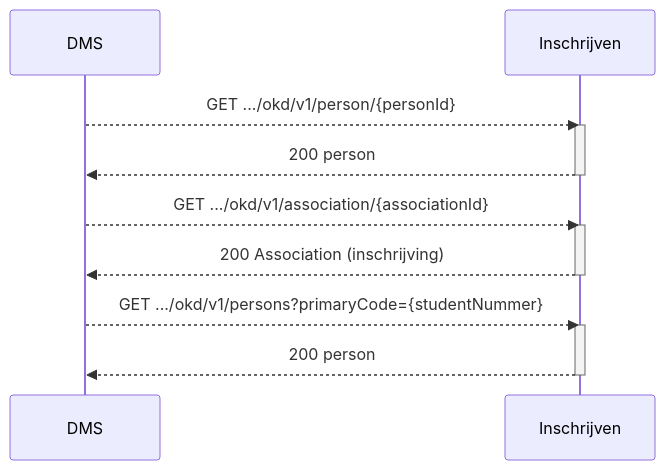
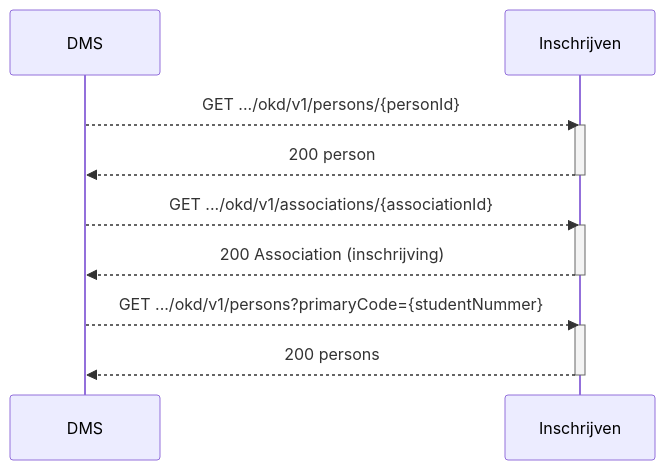
One commit to Onderwijs-Koppelingen-OKx/OKD-Document-Management changed the diagram in doc/flow-7.md. Above: the diagram before and after it, drawn with Mermaid. The commit also changed other lines of this file, not shown here.

Commit message:
Update flow 7 with personS and associationS

````diff
--- a/doc/flow-7.md
+++ b/doc/flow-7.md
@@ -15,19 +15,19 @@
 ```mermaid
 sequenceDiagram
     participant DMS
     participant Inschrijven
-    DMS-->>Inschrijven: GET .../okd/v1/person/{personId}
+    DMS-->>Inschrijven: GET .../okd/v1/persons/{personId}
     activate Inschrijven
     Inschrijven-->>DMS: 200 person
     deactivate Inschrijven
 
-    DMS-->>Inschrijven: GET .../okd/v1/association/{associationId}
+    DMS-->>Inschrijven: GET .../okd/v1/associations/{associationId}
     activate Inschrijven
     Inschrijven-->>DMS: 200 Association (inschrijving)
     deactivate Inschrijven
 
     DMS-->>Inschrijven: GET .../okd/v1/persons?primaryCode={studentNummer}
     activate Inschrijven
-    Inschrijven-->>DMS: 200 person
+    Inschrijven-->>DMS: 200 persons
     deactivate Inschrijven
 ```
````
